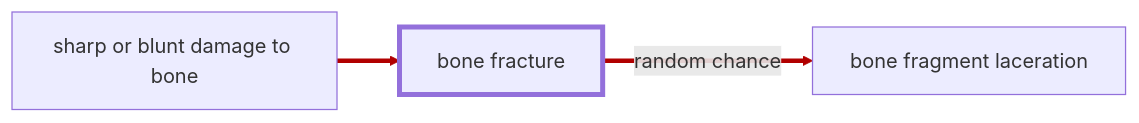
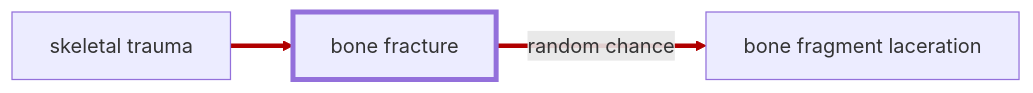
Before and after one commit to frederik-hoeft/rimworld-more-injuries: the first of 2 diagrams in docs/wiki/injuries/fractures.md, drawn with Mermaid. The commit also changed 9 other files, not shown here.

````diff
--- a/docs/wiki/injuries/fractures.md
+++ b/docs/wiki/injuries/fractures.md
@@ -16,13 +16,13 @@
 ```mermaid
 ---
 config:
   flowchart:
     htmlLabels: true
 ---
 flowchart LR
-  damage[sharp or blunt damage to bone] ==> bone_fracture[bone fracture]
+  damage["skeletal trauma"] ==> bone_fracture[bone fracture]
   bone_fracture ==> | random chance | bone_fragment_laceration[bone fragment laceration]
 
   linkStyle 0,1 stroke: #b10000
   style bone_fracture stroke-width: 4px
 ```
````
